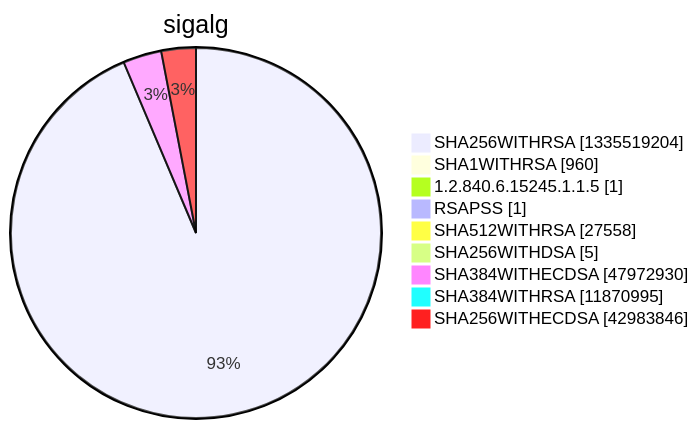
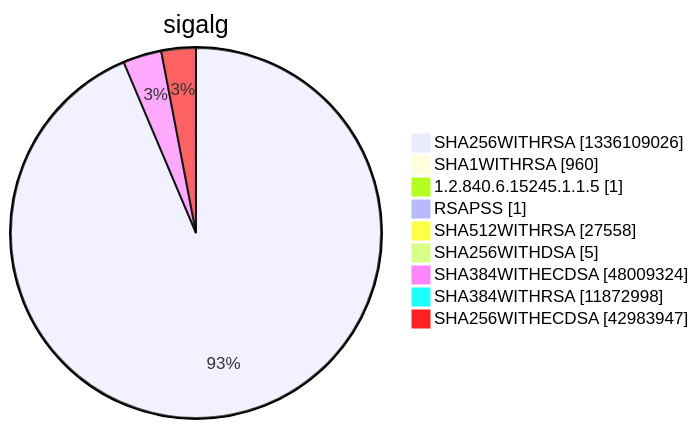
Before and after one commit to christiankrug/ctmonitor_visualization: diagram 15 of 15 in argon2022/README.md, drawn with Mermaid. The commit also changed other lines of this file, not shown here.

````diff
--- a/argon2022/README.md
+++ b/argon2022/README.md
@@ -5524,13 +5524,13 @@
 ```mermaid
 pie showData
 title sigalg
-"SHA256WITHRSA" :1335519204
+"SHA256WITHRSA" :1336109026
 "SHA1WITHRSA" :960
 "1.2.840.6.15245.1.1.5" :1
 "RSAPSS" :1
 "SHA512WITHRSA" :27558
 "SHA256WITHDSA" :5
-"SHA384WITHECDSA" :47972930
-"SHA384WITHRSA" :11870995
-"SHA256WITHECDSA" :42983846
+"SHA384WITHECDSA" :48009324
+"SHA384WITHRSA" :11872998
+"SHA256WITHECDSA" :42983947
 ```
````
